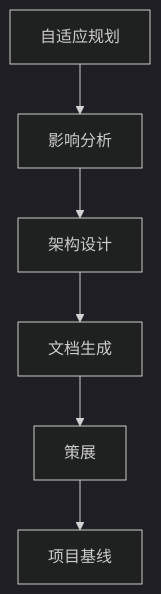
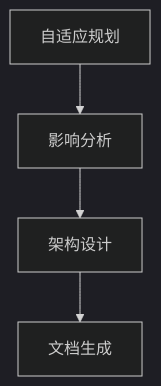
Before and after one commit to effiy/YrY: the fourth of 6 diagrams in skills/rui/SKILL.md, drawn with Mermaid (dark theme). The commit also changed other lines of this file and 26 other files, not shown here.

````diff
--- a/skills/rui/SKILL.md
+++ b/skills/rui/SKILL.md
@@ -124,8 +154,6 @@
 ```mermaid
 flowchart TD
     PLAN[自适应规划] --> IMPACT[影响分析]
     IMPACT --> ARCH[架构设计]
     ARCH --> DOCGEN[文档生成]
-    DOCGEN --> CURATE[策展]
-    CURATE --> BASELINE[项目基线]
 ```
````
